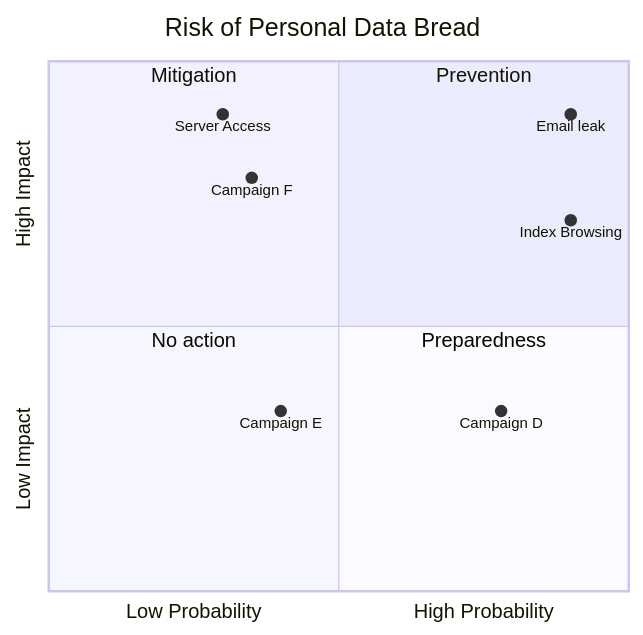
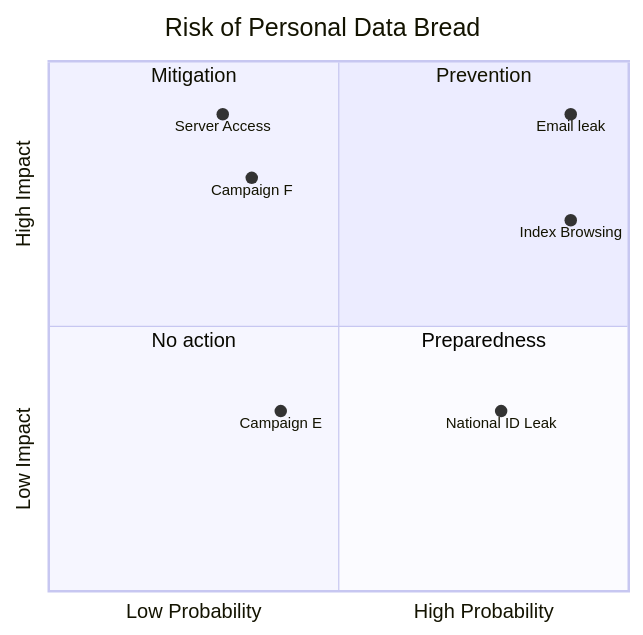
Before and after one commit to Kietpawpan/pdpa: the fourth of 4 diagrams in README.md, drawn with Mermaid.

````diff
--- a/README.md
+++ b/README.md
@@ -87,16 +87,16 @@
 ```mermaid
 quadrantChart
     title Risk of Personal Data Bread
     x-axis Low Probability --> High Probability
     y-axis Low Impact --> High Impact
     quadrant-1 Prevention
     quadrant-2 Mitigation
     quadrant-3 No action
     quadrant-4 Preparedness 
 	Server Access: [0.3, 0.9]
     	Email leak: [0.9, 0.9]
     Index Browsing: [0.9, 0.7]
-    Campaign D: [0.78, 0.34]
+    National ID Leak: [0.78, 0.34]
     Campaign E: [0.40, 0.34]
     Campaign F: [0.35, 0.78]
 ```
````
